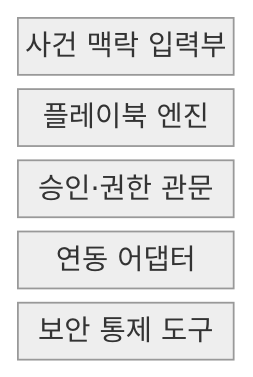
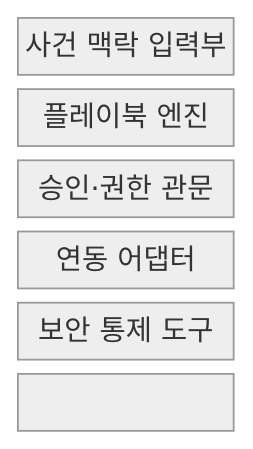
The first of 2 diagrams in src/content/docs/notes/04-network/094_soar.md (agnusdei1207/knowledge-base), drawn with Mermaid (neutral theme) before and after one commit. The commit also changed other lines of this file and 122 other files, not shown here.

````diff
--- a/src/content/docs/notes/04-network/094_soar.md
+++ b/src/content/docs/notes/04-network/094_soar.md
@@ -53,9 +53,11 @@
 ```mermaid
 block-beta
     columns 1
     CONTEXT["사건 맥락 입력부"]
     PLAYBOOK["플레이북 엔진"]
     APPROVAL["승인·권한 관문"]
     ADAPTER["연동 어댑터"]
     TOOL["보안 통제 도구"]
+    CONTEXT --- PLAYBOOK --- APPROVAL
+    APPROVAL --- ADAPTER --- TOOL
 ```
````
